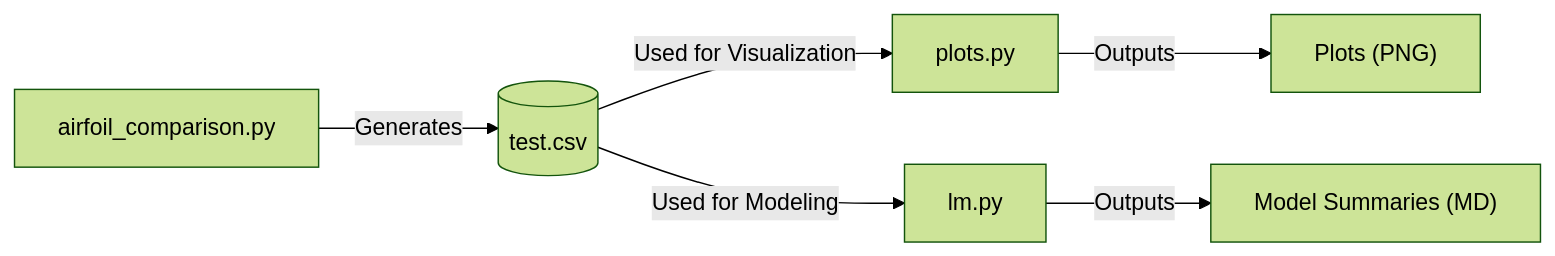
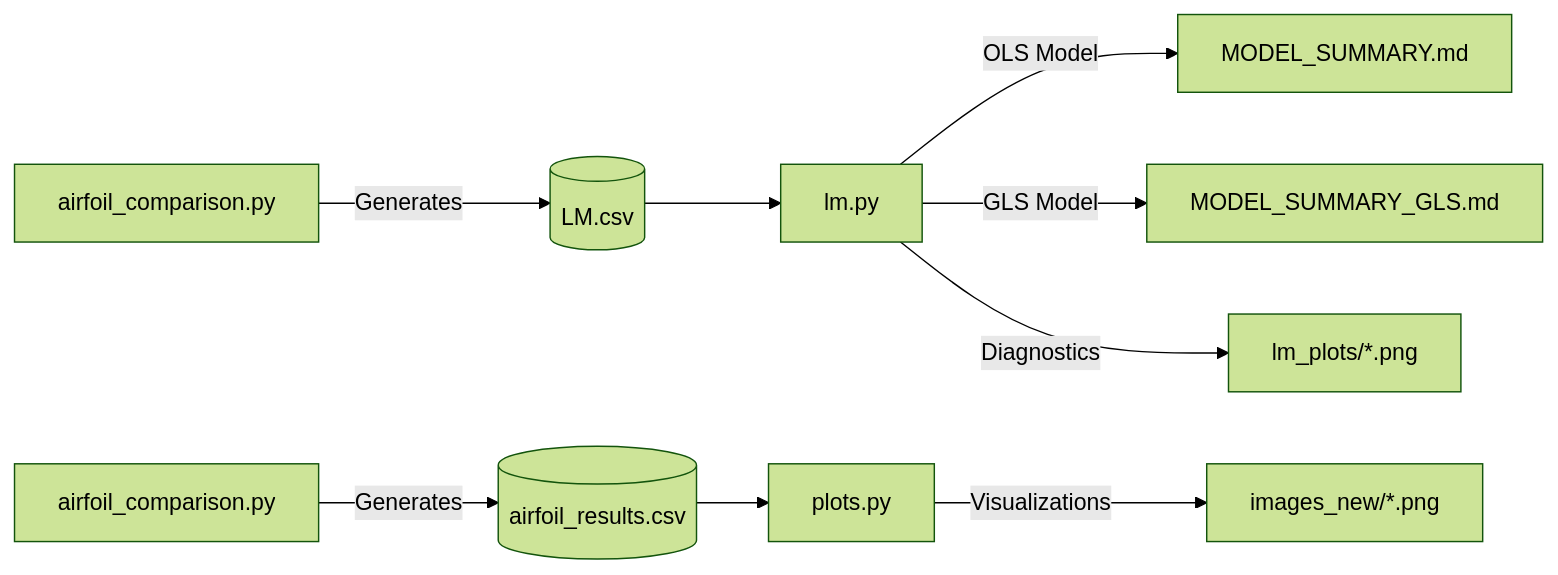
The diagram in README.md (dhruv114523/airfoil_comparison), drawn with Mermaid (forest theme) before and after one commit. The commit also changed other lines of this file and 4 other files, not shown here.

````diff
--- a/README.md
+++ b/README.md
@@ -124,8 +183,12 @@
 ```mermaid
 flowchart LR
-    A[airfoil_comparison.py] -->|Generates| B[(test.csv)]
-    B -->|Used for Visualization| C[plots.py]
-    B -->|Used for Modeling| D[lm.py]
-    C -->|Outputs| E["Plots (PNG)"]
-    D -->|Outputs| F["Model Summaries (MD)"]
+    A[airfoil_comparison.py] -->|Generates| B[(LM.csv)]
+    B --> C[lm.py]
+    C -->|OLS Model| D[MODEL_SUMMARY.md]
+    C -->|GLS Model| E[MODEL_SUMMARY_GLS.md]
+    C -->|Diagnostics| F[lm_plots/*.png]
+    
+    A2[airfoil_comparison.py] -->|Generates| B2[(airfoil_results.csv)]
+    B2 --> C2[plots.py]
+    C2 -->|Visualizations| D2[images_new/*.png]
 ```
````
